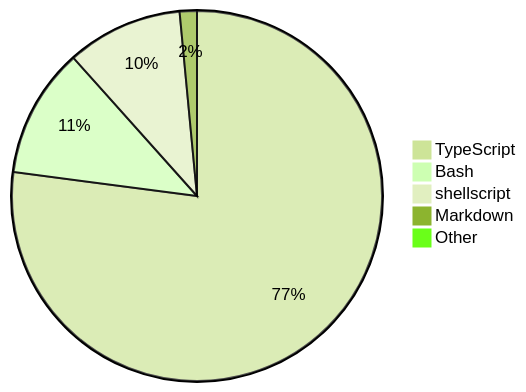
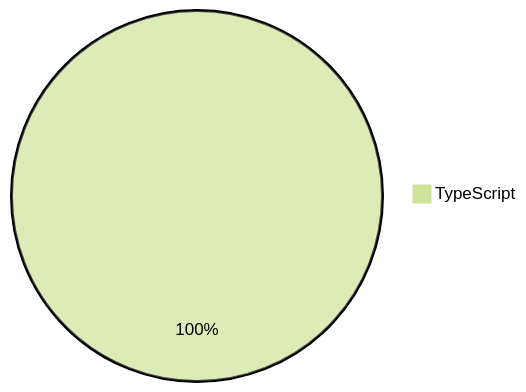
One commit to skvggor/skvggor changed the diagram in README.md. Above: the diagram before and after it, drawn with Mermaid (forest theme).

Commit message:
Updated waka-readme graph with new metrics

````diff
--- a/README.md
+++ b/README.md
@@ -16,8 +16,4 @@
 ```mermaid
 pie
-    "TypeScript" : 77.0
-    "Bash" : 11.3
-    "shellscript" : 10.1
-    "Markdown" : 1.5
-    "Other" : 0.1
+    "TypeScript" : 100.0
 ```
````
